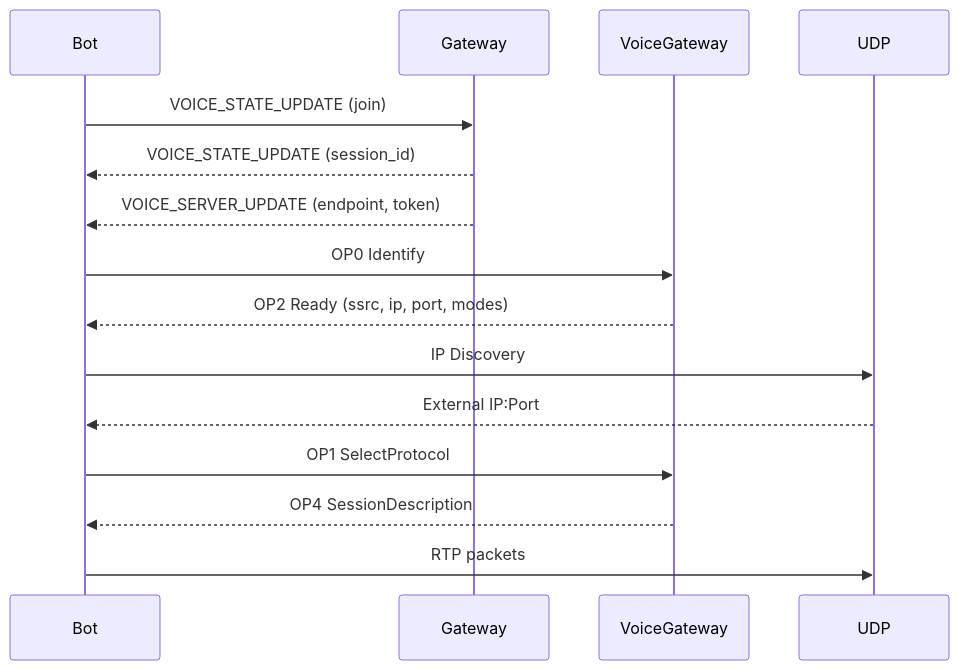
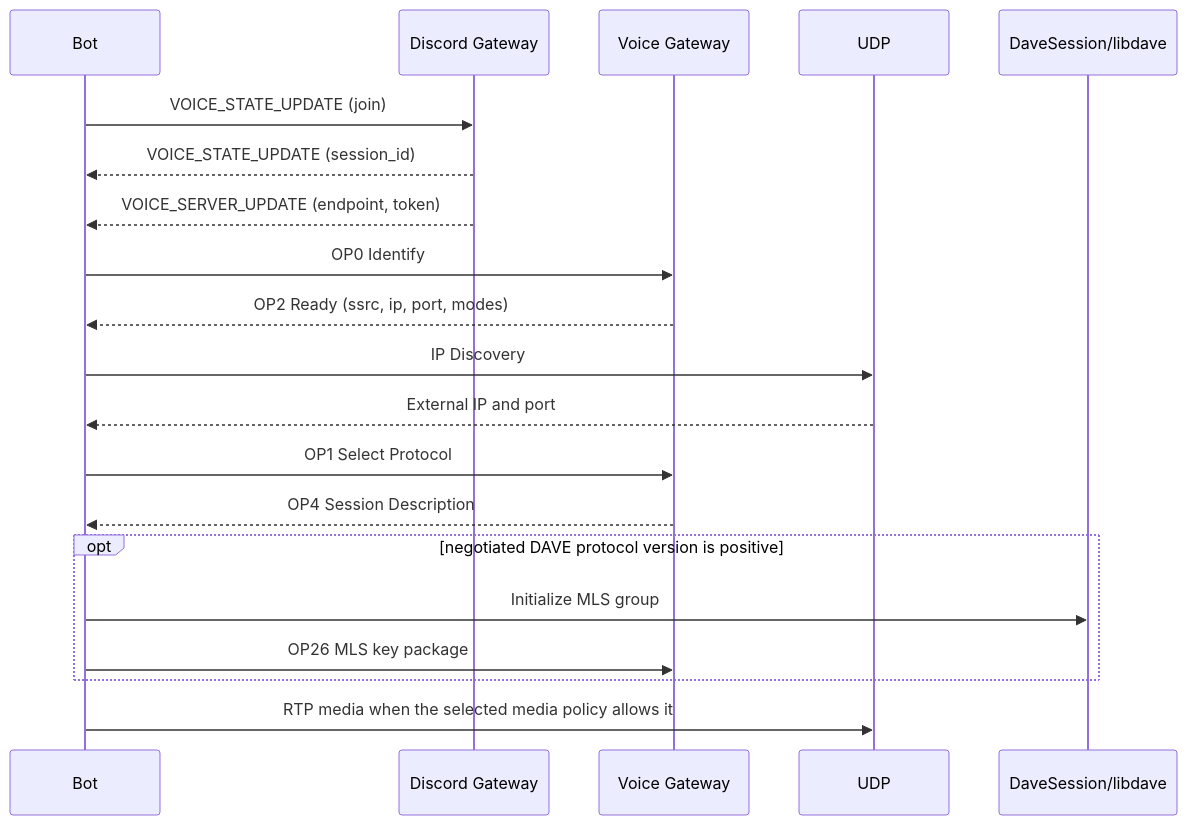
One commit to Aiko-IT-Systems/DisCatSharp changed the first of 12 diagrams in DisCatSharp.Docs/articles/modules/audio/voice/architecture.md. Above: the diagram before and after it, drawn with Mermaid. The commit also changed other lines of this file and 36 other files, not shown here.

````diff
--- a/DisCatSharp.Docs/articles/modules/audio/voice/architecture.md
+++ b/DisCatSharp.Docs/articles/modules/audio/voice/architecture.md
@@ -13,18 +15,23 @@
 ```mermaid
 sequenceDiagram
     participant Bot
-    participant Gateway
-    participant VoiceGateway
+    participant Gateway as Discord Gateway
+    participant VoiceGateway as Voice Gateway
     participant UDP
+    participant DAVE as DaveSession/libdave
 
     Bot->>Gateway: VOICE_STATE_UPDATE (join)
     Gateway-->>Bot: VOICE_STATE_UPDATE (session_id)
     Gateway-->>Bot: VOICE_SERVER_UPDATE (endpoint, token)
     Bot->>VoiceGateway: OP0 Identify
     VoiceGateway-->>Bot: OP2 Ready (ssrc, ip, port, modes)
     Bot->>UDP: IP Discovery
-    UDP-->>Bot: External IP:Port
-    Bot->>VoiceGateway: OP1 SelectProtocol
-    VoiceGateway-->>Bot: OP4 SessionDescription
-    Bot->>UDP: RTP packets
+    UDP-->>Bot: External IP and port
+    Bot->>VoiceGateway: OP1 Select Protocol
+    VoiceGateway-->>Bot: OP4 Session Description
+    opt negotiated DAVE protocol version is positive
+        Bot->>DAVE: Initialize MLS group
+        Bot->>VoiceGateway: OP26 MLS key package
+    end
+    Bot->>UDP: RTP media when the selected media policy allows it
 ```
````
